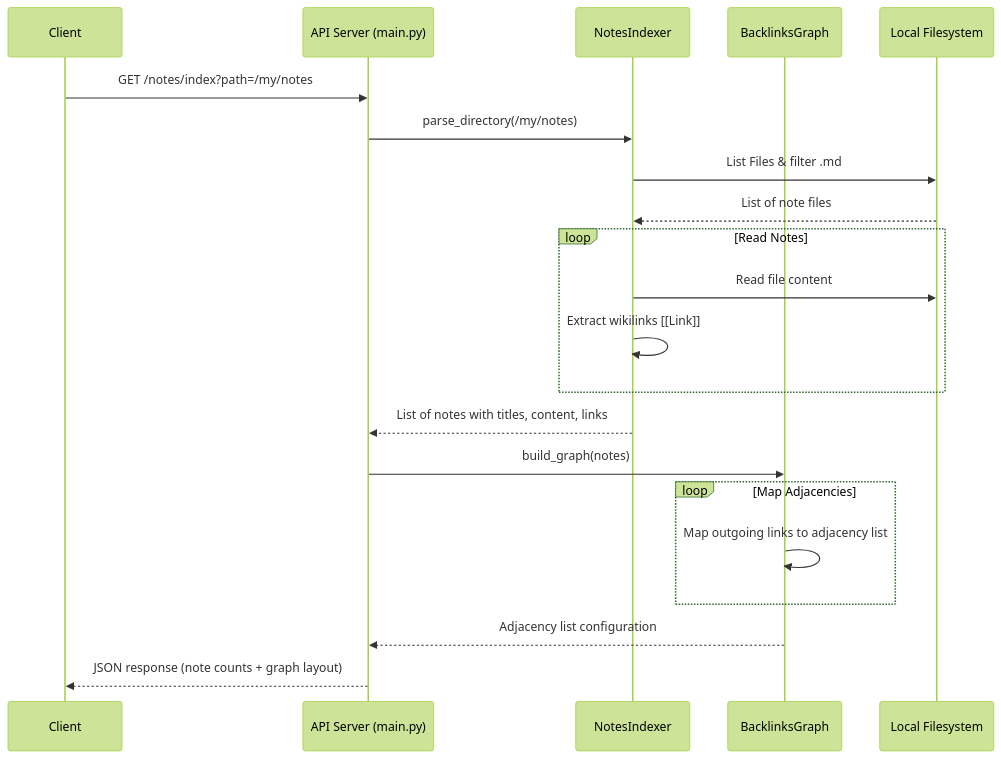
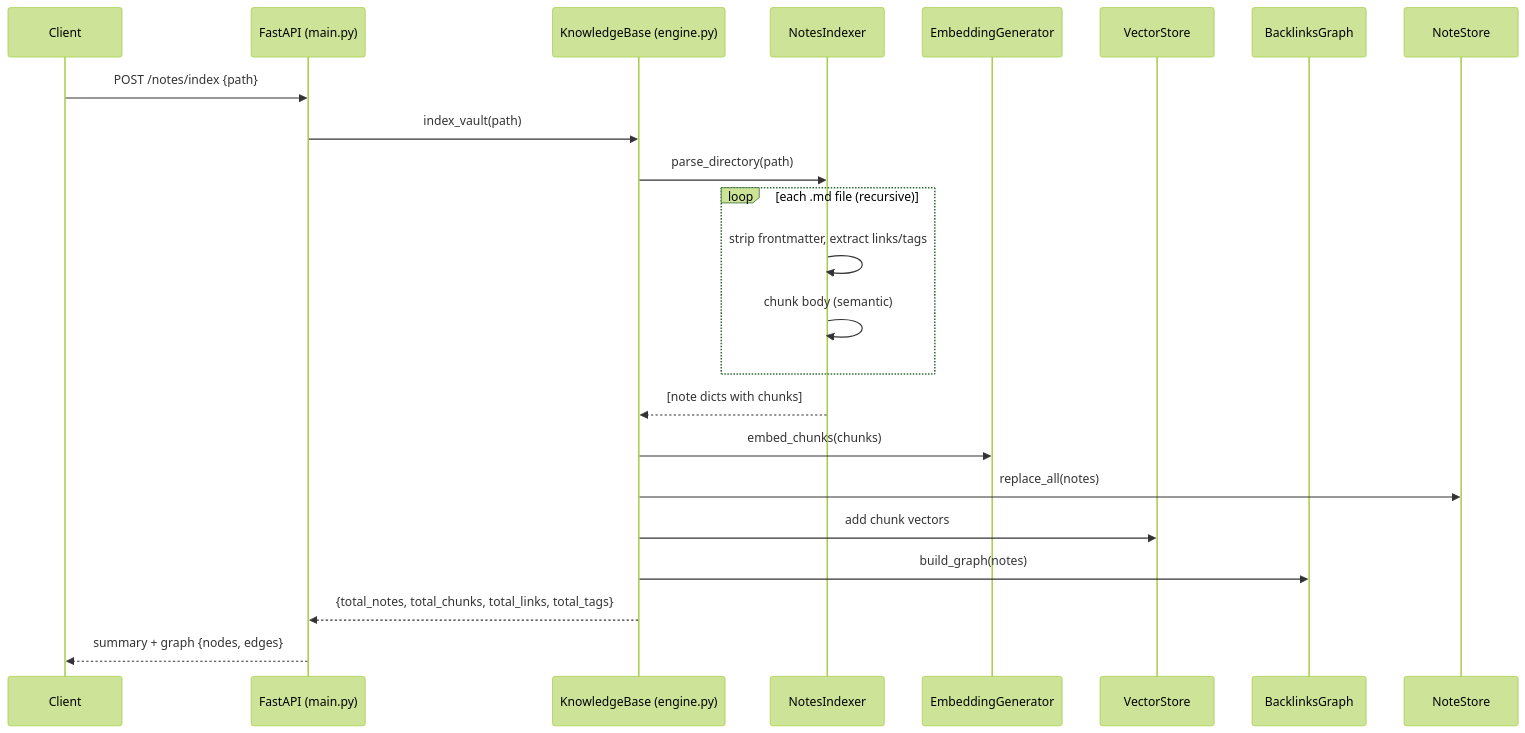
One commit to FishRaposo/personal-knowledge-base-os changed the second of 3 diagrams in docs/architecture.md. Above: the diagram before and after it, drawn with Mermaid (forest theme). The commit also changed other lines of this file and 106 other files, not shown here.

````diff
--- a/docs/architecture.md
+++ b/docs/architecture.md
@@ -43,24 +67,26 @@
 ```mermaid
 sequenceDiagram
     participant Client
-    participant API as API Server (main.py)
-    participant Indexer as NotesIndexer
-    participant Graph as BacklinksGraph
-    participant Disk as Local Filesystem
+    participant API as FastAPI (main.py)
+    participant KB as KnowledgeBase (engine.py)
+    participant Idx as NotesIndexer
+    participant Emb as EmbeddingGenerator
+    participant VS as VectorStore
+    participant G as BacklinksGraph
+    participant S as NoteStore
 
-    Client->>API: GET /notes/index?path=/my/notes
-    API->>Indexer: parse_directory(/my/notes)
-    Indexer->>Disk: List Files & filter .md
-    Disk-->>Indexer: List of note files
-    loop Read Notes
-        Indexer->>Disk: Read file content
-        Indexer->>Indexer: Extract wikilinks [[Link]]
+    Client->>API: POST /notes/index {path}
+    API->>KB: index_vault(path)
+    KB->>Idx: parse_directory(path)
+    loop each .md file (recursive)
+        Idx->>Idx: strip frontmatter, extract links/tags
+        Idx->>Idx: chunk body (semantic)
     end
-    Indexer-->>API: List of notes with titles, content, links
-    API->>Graph: build_graph(notes)
-    loop Map Adjacencies
-        Graph->>Graph: Map outgoing links to adjacency list
-    end
-    Graph-->>API: Adjacency list configuration
-    API-->>Client: JSON response (note counts + graph layout)
+    Idx-->>KB: [note dicts with chunks]
+    KB->>Emb: embed_chunks(chunks)
+    KB->>S: replace_all(notes)
+    KB->>VS: add chunk vectors
+    KB->>G: build_graph(notes)
+    KB-->>API: {total_notes, total_chunks, total_links, total_tags}
+    API-->>Client: summary + graph {nodes, edges}
 ```
````
